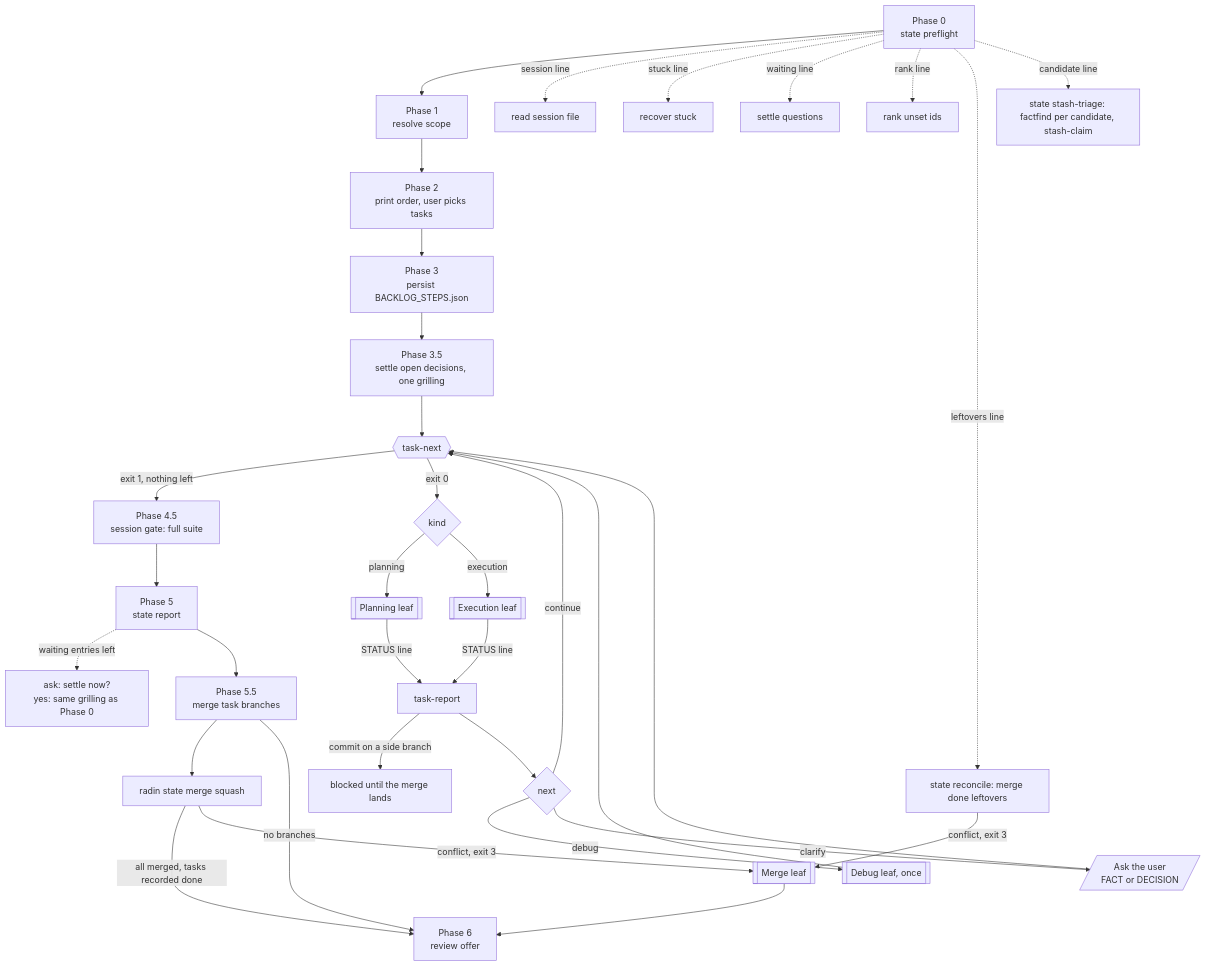
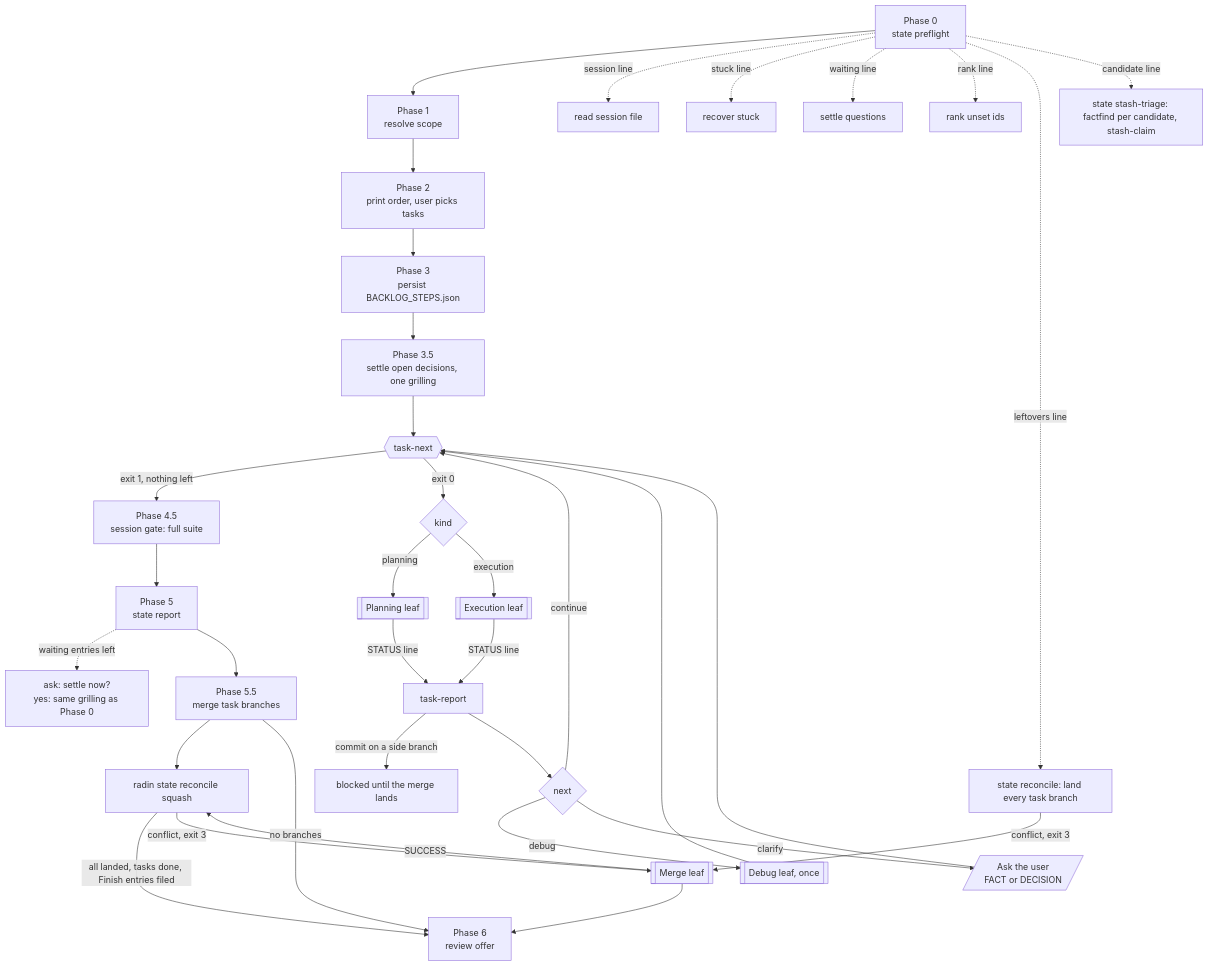
One commit to shortcuts/radin changed the diagram in docs/lifecycle/router-loop.mmd. Above: the diagram before and after it, drawn with Mermaid. The commit also changed 10 other files, not shown here.

First line of the commit message:
fix(state): land every task branch, finished or not

```diff
--- a/docs/lifecycle/router-loop.mmd
+++ b/docs/lifecycle/router-loop.mmd
@@ -1,34 +1,35 @@
 flowchart TD
   p0[Phase 0<br/>state preflight] --> p1[Phase 1<br/>resolve scope]
   p0 -. session line .-> note1[read session file]
   p0 -. stuck line .-> note2[recover stuck]
   p0 -. waiting line .-> note3[settle questions]
   p0 -. rank line .-> note4[rank unset ids]
-  p0 -. leftovers line .-> note5[state reconcile: merge done leftovers]
+  p0 -. leftovers line .-> note5[state reconcile: land every task branch]
   note5 -- conflict, exit 3 --> leafM
   p0 -. candidate line .-> note6[state stash-triage: factfind per candidate, stash-claim]
   p1 --> p2[Phase 2<br/>print order, user picks tasks]
   p2 --> p3[Phase 3<br/>persist BACKLOG_STEPS.json]
   p3 --> p35[Phase 3.5<br/>settle open decisions, one grilling]
   p35 --> next{{task-next}}
   next -- exit 1, nothing left --> p45[Phase 4.5<br/>session gate: full suite]
   next -- exit 0 --> kind{kind}
   kind -- planning --> leafP[[Planning leaf]]
   kind -- execution --> leafE[[Execution leaf]]
   leafE -- STATUS line --> report[task-report]
   leafP -- STATUS line --> report
   report -- commit on a side branch --> blocked[blocked until the merge lands]
   report --> route{next}
   route -- continue --> next
   route -- debug --> debug[[Debug leaf, once]]
   debug --> next
   route -- clarify --> user[/Ask the user<br/>FACT or DECISION/]
   user --> next
   p45 --> p5[Phase 5<br/>state report]
   p5 -. waiting entries left .-> ask5[ask: settle now?<br/>yes: same grilling as Phase 0]
   p5 --> p55[Phase 5.5<br/>merge task branches]
-  p55 --> mergeCli[radin state merge squash]
-  mergeCli -- all merged, tasks recorded done --> p6
+  p55 --> mergeCli[radin state reconcile squash]
+  mergeCli -- all landed, tasks done, Finish entries filed --> p6
   mergeCli -- conflict, exit 3 --> leafM[[Merge leaf]]
   p55 -- no branches --> p6
+  leafM -- SUCCESS --> mergeCli
   leafM --> p6[Phase 6<br/>review offer]
```
